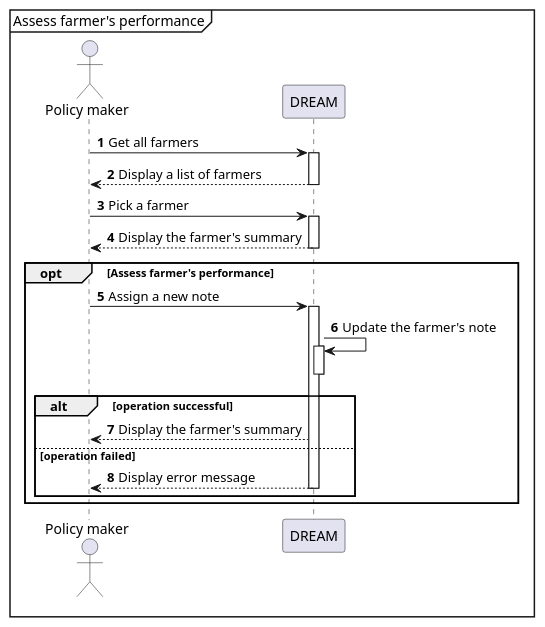
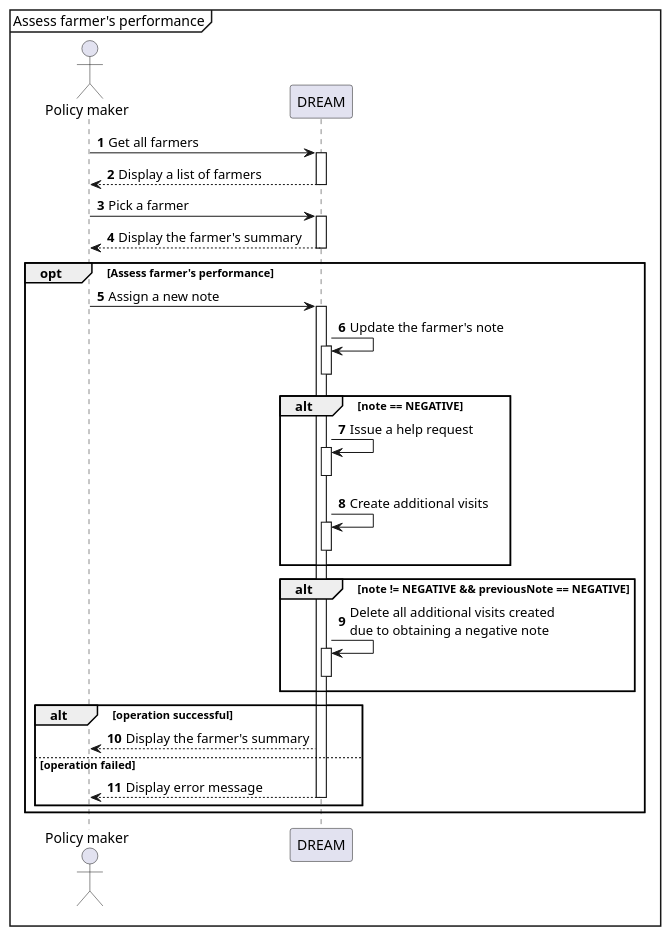
Before and after one commit to Astenna/DREAM: the diagram in RASD/uml/sequence/assess_farmer's_performance.puml, drawn with PlantUML.

Commit message:
Adjusted assess farmer's performance sequence diagram

```diff
--- a/RASD/uml/sequence/assess_farmer's_performance.puml
+++ b/RASD/uml/sequence/assess_farmer's_performance.puml
@@ -1,27 +1,39 @@
 @startuml Assess farmer's performence
 
 mainframe Assess farmer's performance
 autonumber
 
 actor "Policy maker" as PolMaker
 participant DREAM
 
 PolMaker -> DREAM++: Get all farmers
 DREAM --> PolMaker--: Display a list of farmers
 
 PolMaker -> DREAM++: Pick a farmer
 DREAM --> PolMaker--: Display the farmer's summary
 
 opt Assess farmer's performance
     PolMaker -> DREAM++: Assign a new note
     DREAM -> DREAM++: Update the farmer's note
     deactivate DREAM
 
+    alt note == NEGATIVE
+        DREAM -> DREAM++: Issue a help request
+        deactivate DREAM
+        DREAM -> DREAM++: Create additional visits
+        deactivate DREAM
+    end
+
+    alt note != NEGATIVE && previousNote == NEGATIVE
+        DREAM -> DREAM++: Delete all additional visits created\ndue to obtaining a negative note
+        deactivate DREAM
+    end
+
     alt operation successful
         DREAM --> PolMaker : Display the farmer's summary
     else operation failed
         DREAM --> PolMaker--: Display error message
     end
 end
 
 @enduml
```
